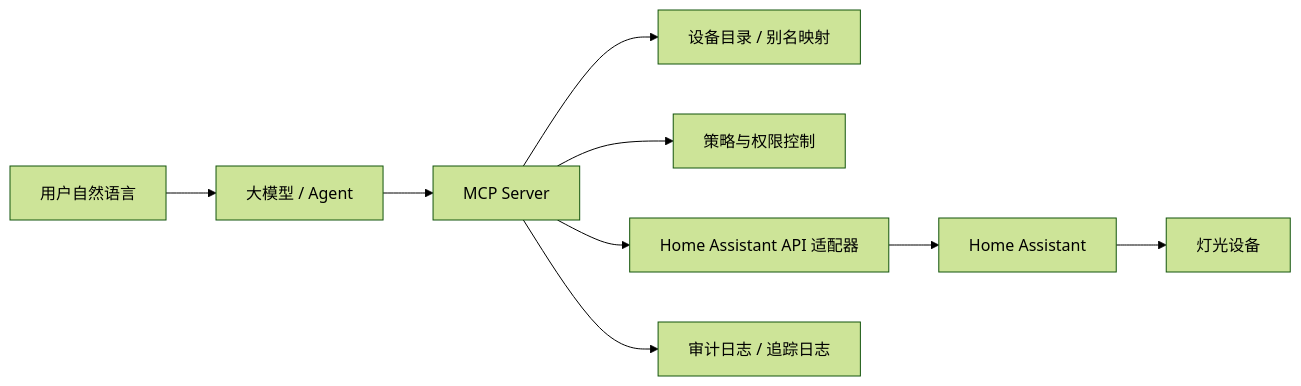
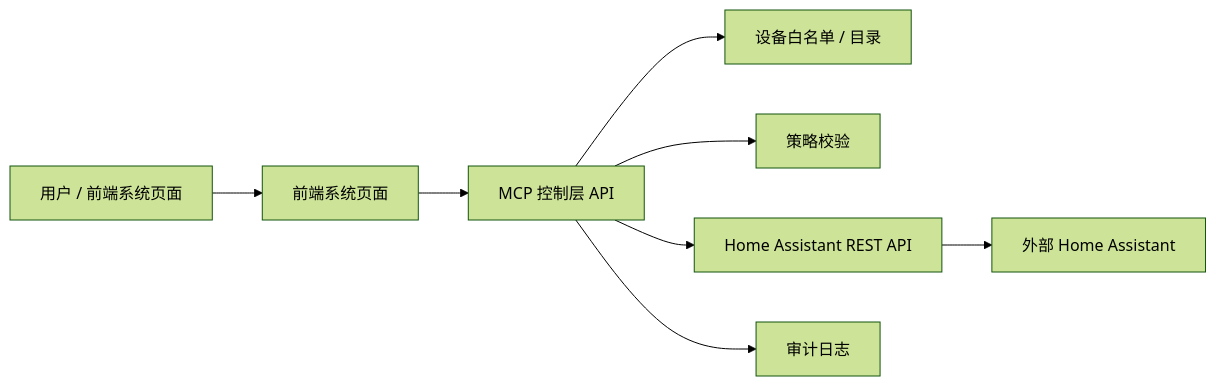
Before and after one commit to chllhc-SVG/home-assistant-mcp: the first of 2 diagrams in home-assistant-mcp-light-enterprise-design-v1.0.md, drawn with Mermaid (forest theme). The commit also changed other lines of this file and 17 other files, not shown here.

````diff
--- a/home-assistant-mcp-light-enterprise-design-v1.0.md
+++ b/home-assistant-mcp-light-enterprise-design-v1.0.md
@@ -117,11 +71,10 @@
 ```mermaid
 flowchart LR
-    U[用户自然语言] --> LLM[大模型 / Agent]
-    LLM --> MCP[MCP Server]
-    MCP --> REG[设备目录 / 别名映射]
-    MCP --> POL[策略与权限控制]
-    MCP --> HA[Home Assistant API 适配器]
-    HA --> HASS[Home Assistant]
-    HASS --> LIGHT[灯光设备]
-    MCP --> LOG[审计日志 / 追踪日志]
+    U[用户 / 前端系统页面] --> FE[前端系统页面]
+    FE --> API[MCP 控制层 API]
+    API --> REG[设备白名单 / 目录]
+    API --> POL[策略校验]
+    API --> HA[Home Assistant REST API]
+    HA --> EXT[外部 Home Assistant]
+    API --> LOG[审计日志]
 ```
````
